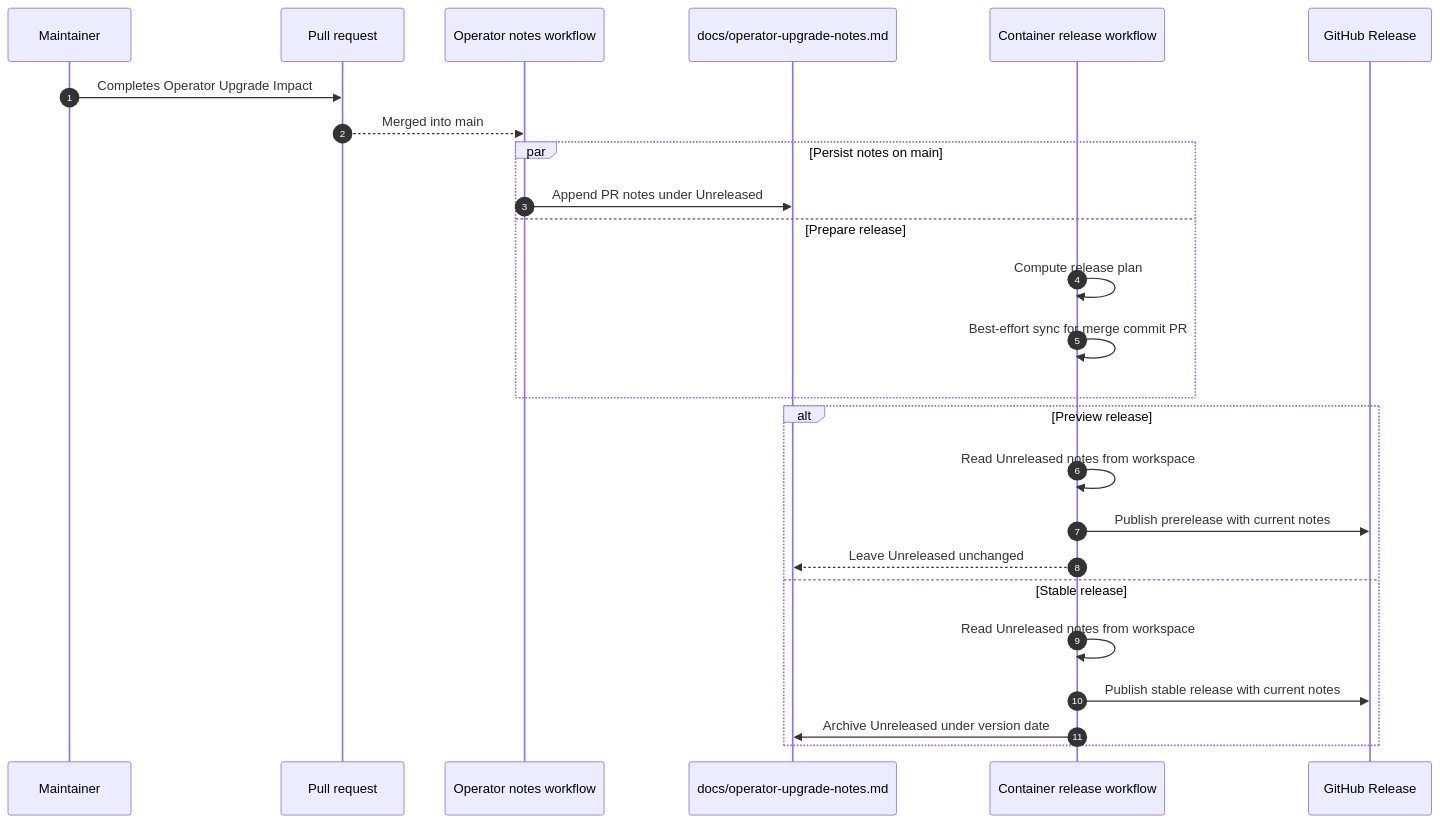
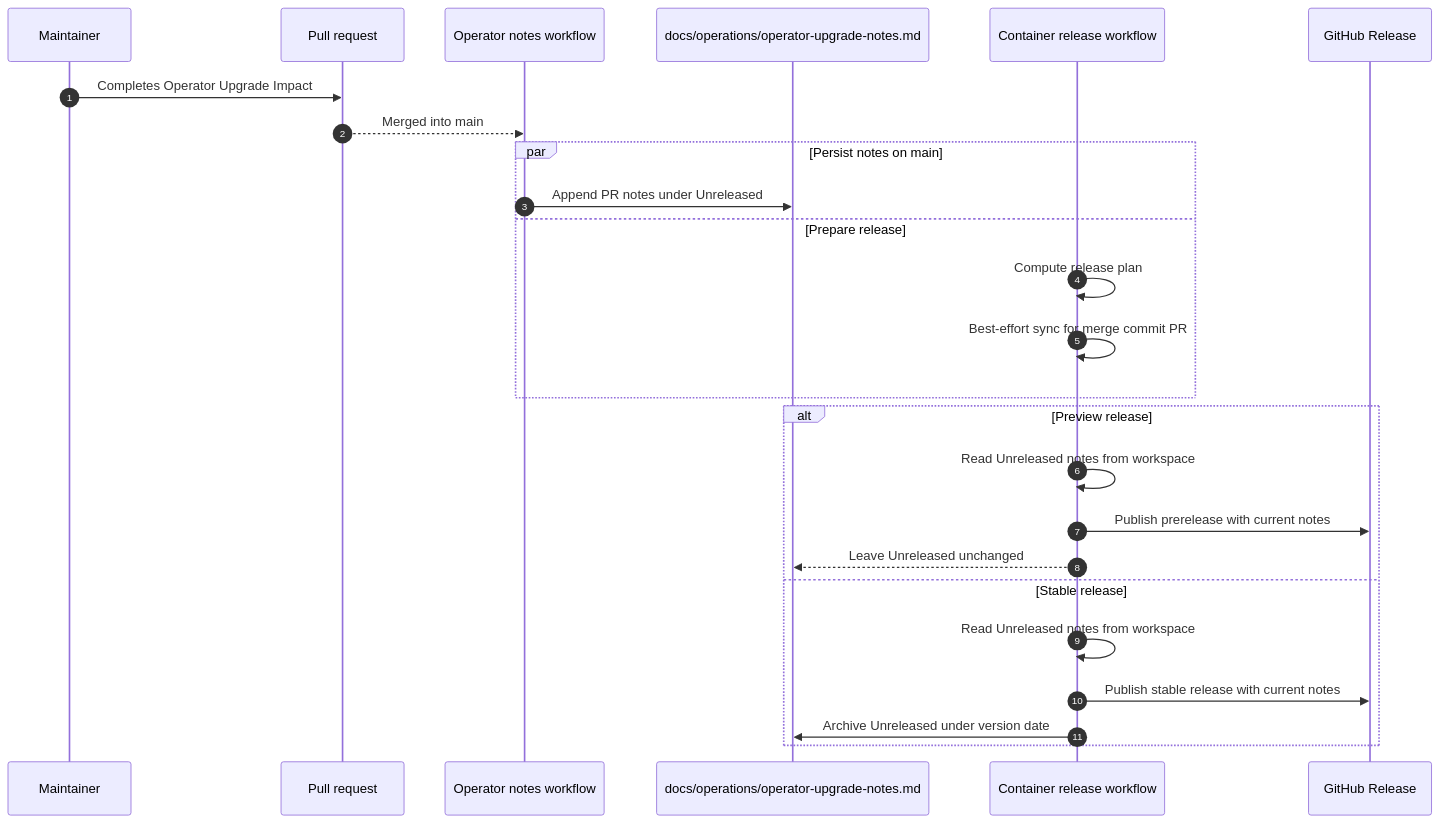
The diagram in docs/operations/container-release-workflow.md (viscalyx/Kravhantering), drawn with Mermaid before and after one commit. The commit also changed other lines of this file and 25 other files, not shown here.

````diff
--- a/docs/operations/container-release-workflow.md
+++ b/docs/operations/container-release-workflow.md
@@ -178,29 +178,29 @@
 ```mermaid
 sequenceDiagram
     autonumber
     participant Maintainer
     participant PR as Pull request
     participant Notes as Operator notes workflow
-    participant Main as docs/operator-upgrade-notes.md
+    participant Main as docs/operations/operator-upgrade-notes.md
     participant Release as Container release workflow
     participant GitHub as GitHub Release
 
     Maintainer->>PR: Completes Operator Upgrade Impact
     PR-->>Notes: Merged into main
     par Persist notes on main
         Notes->>Main: Append PR notes under Unreleased
     and Prepare release
         Release->>Release: Compute release plan
         Release->>Release: Best-effort sync for merge commit PR
     end
 
     alt Preview release
         Release->>Release: Read Unreleased notes from workspace
         Release->>GitHub: Publish prerelease with current notes
         Release-->>Main: Leave Unreleased unchanged
     else Stable release
         Release->>Release: Read Unreleased notes from workspace
         Release->>GitHub: Publish stable release with current notes
         Release->>Main: Archive Unreleased under version date
     end
 ```
````
